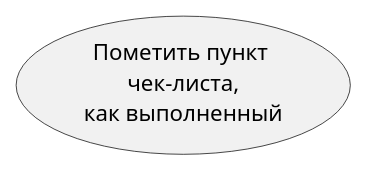
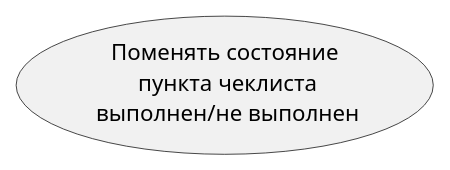
Before and after one commit to Pahoomich/nwchat: the diagram in UML/use case/low/complete_task.puml, drawn with PlantUML. The commit also changed 10 other files, not shown here.

```diff
--- a/UML/use case/low/complete_task.puml
+++ b/UML/use case/low/complete_task.puml
@@ -1,3 +1,3 @@
 @startuml
-usecase (Пометить пункт \n чек-листа, \n как выполненный ) as complete_task
+usecase (Поменять состояние\n пункта чеклиста\n выполнен/не выполнен) as complete_task
 @enduml
```
